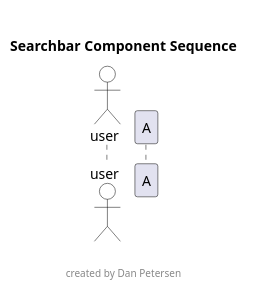
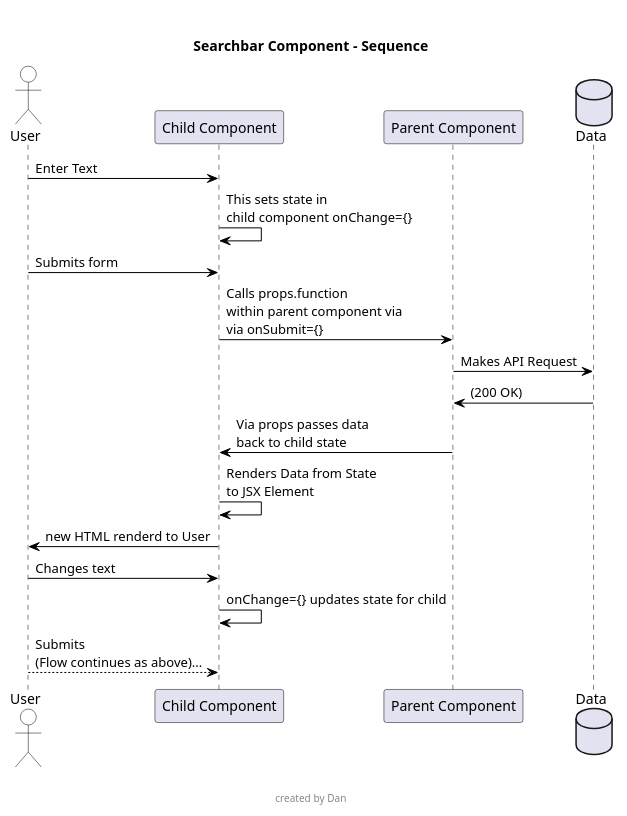
Before and after one commit to danpetersen-ghub/youtube-API: the diagram in UML/searchbar-sequence.puml, drawn with PlantUML. The commit also changed 1 other file, not shown here.

Commit message:
api work

```diff
--- a/UML/searchbar-sequence.puml
+++ b/UML/searchbar-sequence.puml
@@ -1,58 +1,70 @@
 @startuml 
 
 /' 
 More information here:
 https://plantuml.com/sequence-diagram
 made with:
 https://plantuml-editor.kkeisuke.com/
 '/
 
 title 
-Searchbar Component Sequence
+Searchbar Component - Sequence
 end title
 header  ""
 caption ""
 footer 
-created by Dan Petersen
+created by Dan
 end footer
 
 
 /'STYLE'/
 'do not use UML style
 skinparam componentStyle rectangle
 
 'make appearance more neutral 
 skinparam Shadowing false
 skinparam ArrowColor #black
 skinparam InterfaceBorderColor #black
 
 skinparam RectangleBackgroundColor #lightgrey
 skinparam InterfaceBackgroundColor #white
 
 skinparam SequenceBoxBorderColor #black
 skinparam SequenceLifeLineBorderColor #black
 skinparam SequenceLifeLineBorderColor #black
 skinparam SequenceActorBorderColor #black
 skinparam SequenceBorderColor #black
 skinparam SequenceParticipantBorderColor #black
 skinparam NoteBorderColor #black
 
 skinparam QueueBackgroundColor #white
 skinparam QueueBorderColor #black
 
 skinparam ActorBackgroundColor #white
 
 'use standard font
 skinparam DefaultFontName "Segoe UI"
 
 
-
 /' Declarations '/
-actor "user"
-participant "A"
+actor "User"
+participant "Child Component"
+participant "Parent Component"
+database "Data"
 
 /'Flow '/
-/'Step: User Logs in '/
+"User" -> "Child Component": Enter Text
+"Child Component" -> "Child Component": This sets state in \nchild component onChange={} 
+"User" -> "Child Component": Submits form
+"Child Component" -> "Parent Component": Calls props.function \nwithin parent component via \nvia onSubmit={}
+"Parent Component" -> "Data": Makes API Request
+"Data" -> "Parent Component" : (200 OK)
+"Parent Component" -> "Child Component": Via props passes data \nback to child state
+"Child Component" -> "Child Component": Renders Data from State \nto JSX Element
+"Child Component" -> "User": new HTML renderd to User
+"User" -> "Child Component": Changes text
+"Child Component" -> "Child Component": onChange={} updates state for child 
+"User" --> "Child Component": Submits \n(Flow continues as above)...
+/'END Flow '/
 
-/'END Flow '/
 @enduml
```
